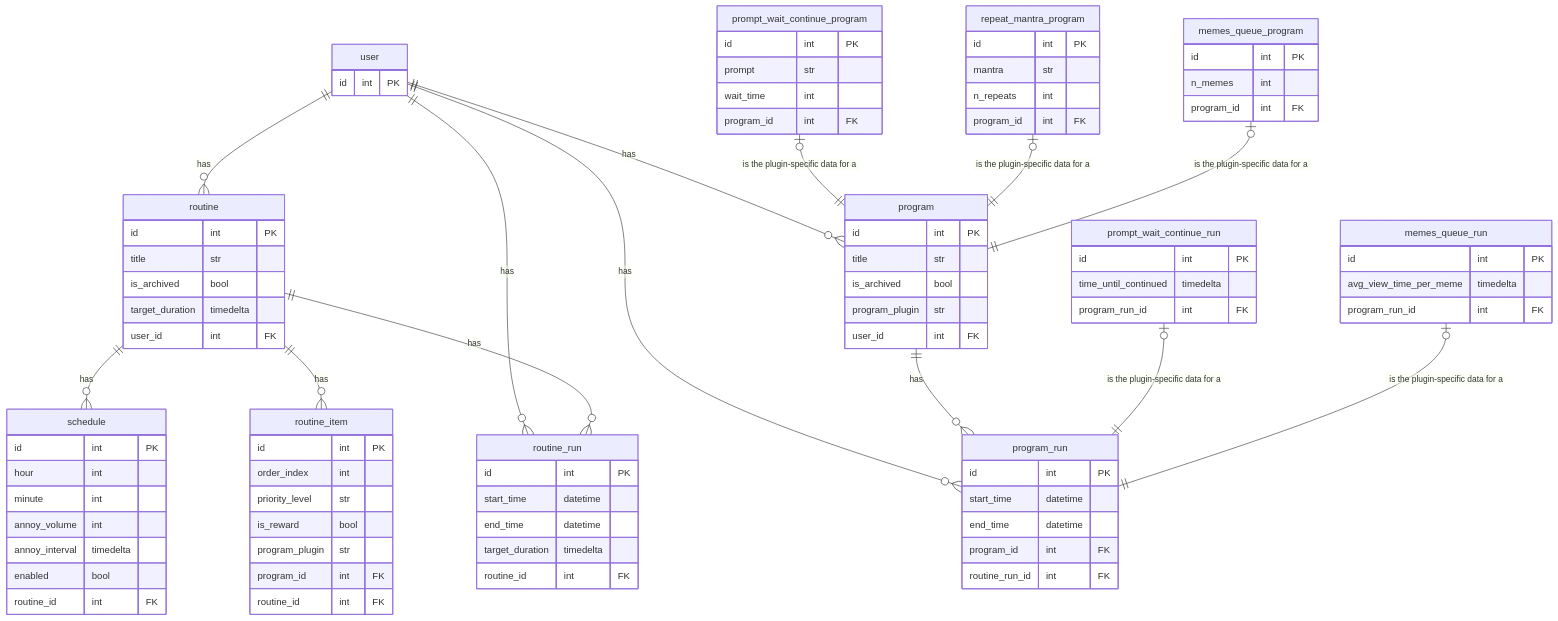
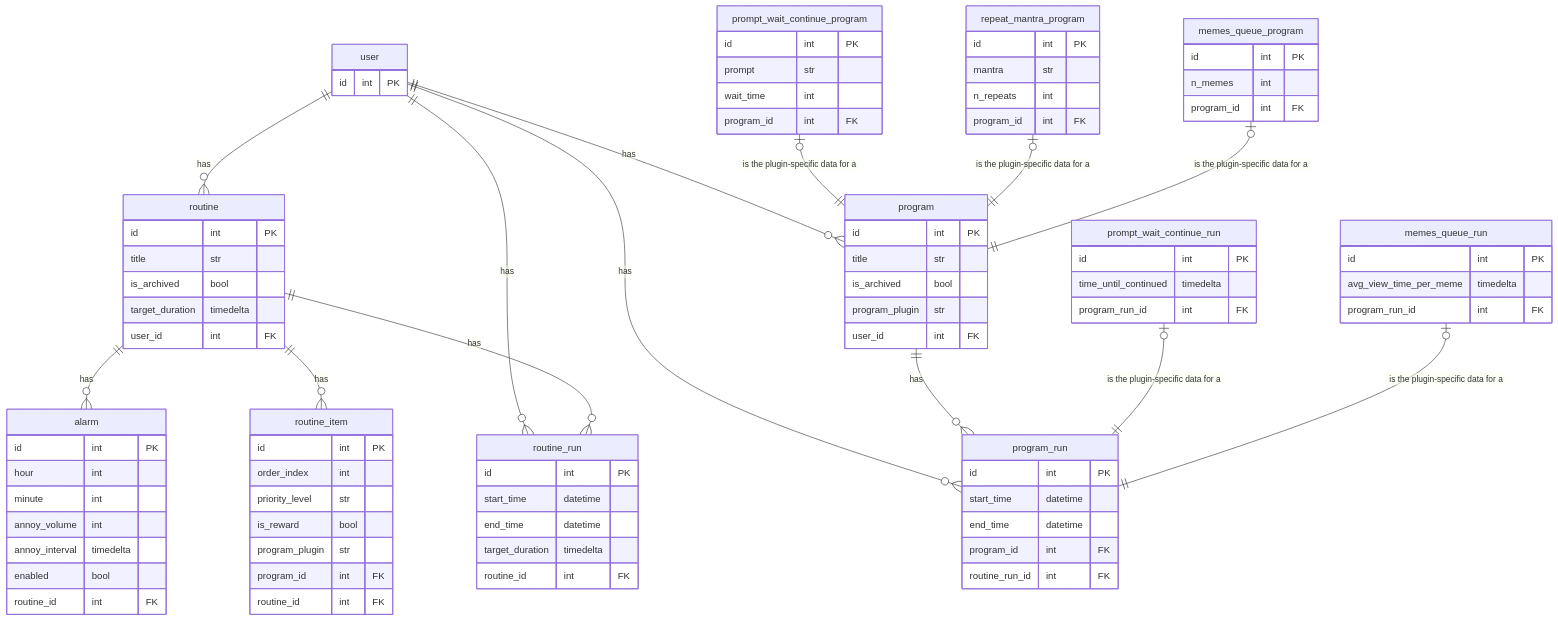
Before and after one commit to sonnygeorge/routine-butler: the diagram in README.md, drawn with Mermaid. The commit also changed other lines of this file and 6 other files, not shown here.

Commit message:
Refactored naming of schedule to alarm

```diff
--- a/README.md
+++ b/README.md
@@ -79,7 +79,7 @@
         routine_id int FK
     }
 
-    schedule {
+    alarm {
         id int PK
         hour int
         minute int
@@ -152,7 +152,7 @@
     user ||--o{ routine_run : has
     user ||--o{ program_run : has
 
-    routine ||--o{ schedule : has
+    routine ||--o{ alarm : has
     routine ||--o{ routine_item : has
 
     prompt_wait_continue_program |o--|| program : "is the plugin-specific data for a"
```
